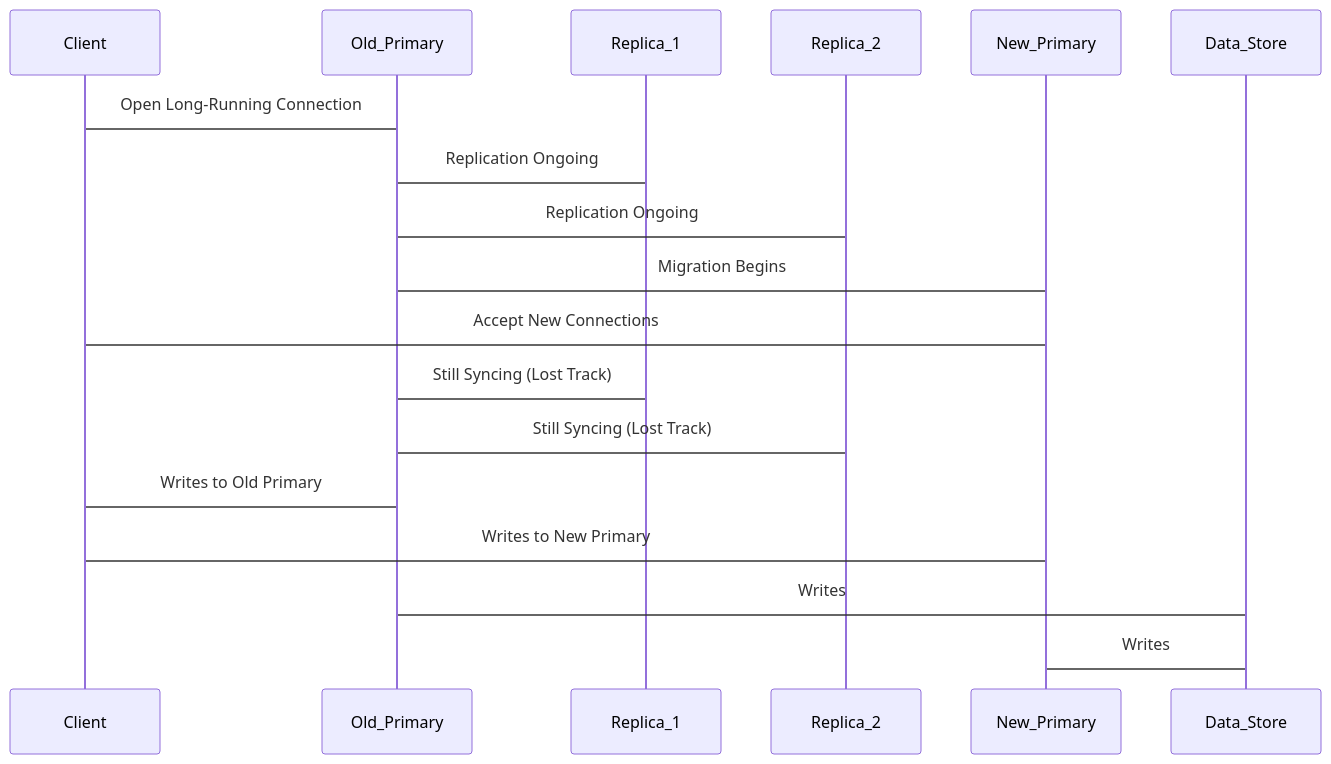
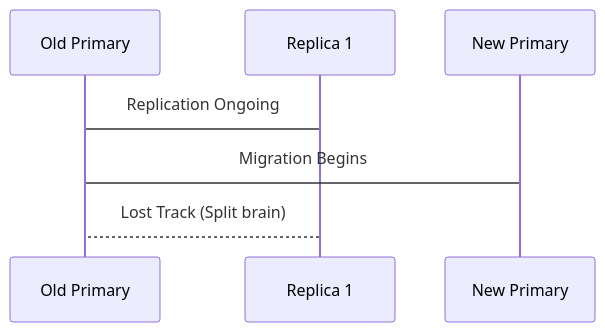
Before and after one commit to pampatzoglou/articles: the third of 4 diagrams in StatefulWorkloads.md, drawn with Mermaid. The commit also changed other lines of this file, not shown here.

Commit message:
describe split brain

````diff
--- a/StatefulWorkloads.md
+++ b/StatefulWorkloads.md
@@ -637,22 +637,11 @@
 ```mermaid
 sequenceDiagram
 
-Participant Client
-Participant Old_Primary
-Participant Replica_1
-Participant Replica_2
-Participant New_Primary
+Participant Old Primary
+Participant Replica 1
+Participant New Primary
 
-Client -> Old_Primary: Open Long-Running Connection
-Old_Primary -> Replica_1: Replication Ongoing
-Old_Primary -> Replica_2: Replication Ongoing
-Old_Primary -> New_Primary: Migration Begins
-New_Primary -> Client: Accept New Connections
-Replica_1 -> Old_Primary: Still Syncing (Lost Track)
-Replica_2 -> Old_Primary: Still Syncing (Lost Track)
-Client -> Old_Primary: Writes to Old Primary
-Client -> New_Primary: Writes to New Primary
-Old_Primary -> Data_Store: Writes
-New_Primary -> Data_Store: Writes
-
+Old Primary -> Replica 1: Replication Ongoing
+Old Primary -> New Primary: Migration Begins
+Replica 1 --> Old Primary: Lost Track (Split brain)
 ```
````
